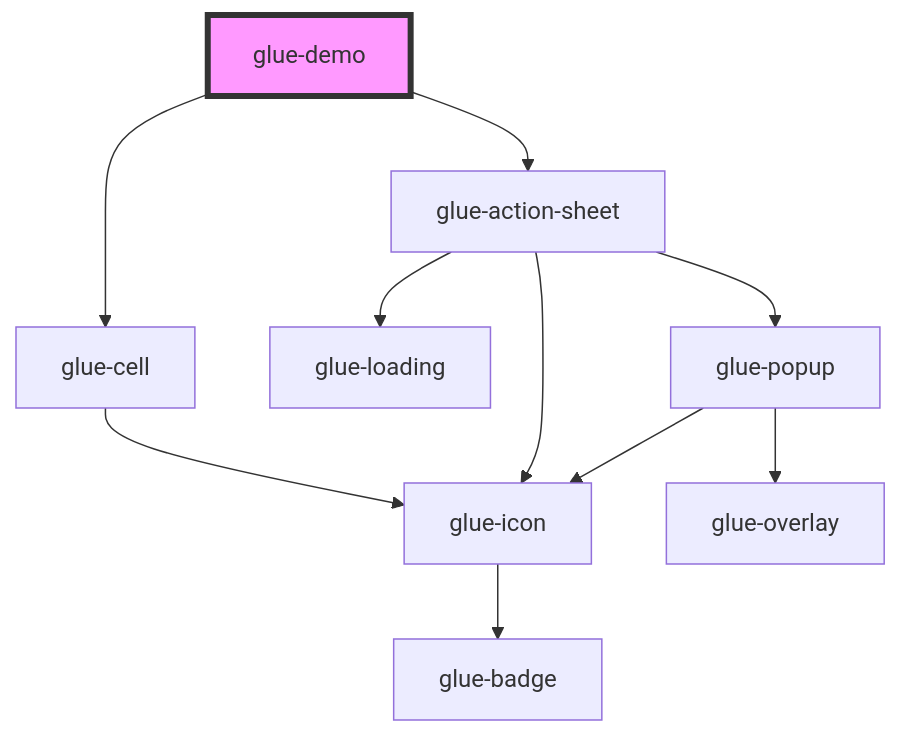
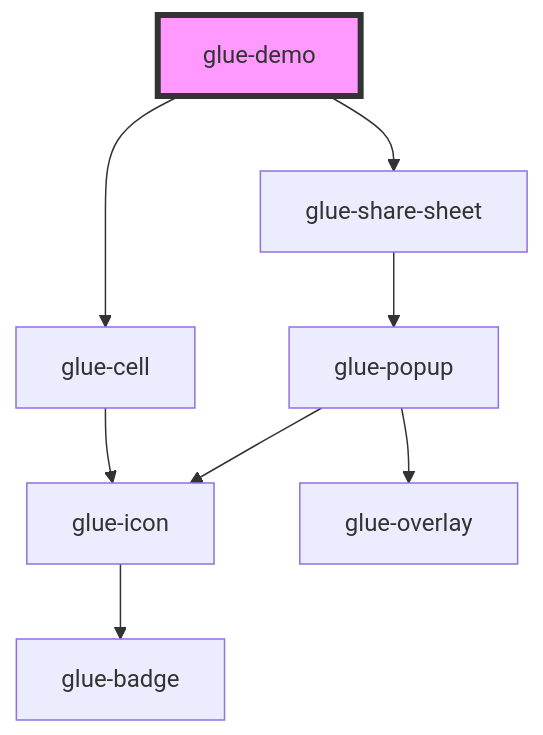
One commit to grasilife/glue changed the diagram in packages/glue-components/src/components/glue-demo/readme.md. Above: the diagram before and after it, drawn with Mermaid. The commit also changed other lines of this file and 4 other files, not shown here.

````diff
--- a/packages/glue-components/src/components/glue-demo/readme.md
+++ b/packages/glue-components/src/components/glue-demo/readme.md
@@ -16,13 +16,11 @@
 ```mermaid
 graph TD;
   glue-demo --> glue-cell
-  glue-demo --> glue-action-sheet
+  glue-demo --> glue-share-sheet
   glue-cell --> glue-icon
   glue-icon --> glue-badge
-  glue-action-sheet --> glue-icon
-  glue-action-sheet --> glue-loading
-  glue-action-sheet --> glue-popup
+  glue-share-sheet --> glue-popup
   glue-popup --> glue-icon
   glue-popup --> glue-overlay
   style glue-demo fill:#f9f,stroke:#333,stroke-width:4px
 ```
````
